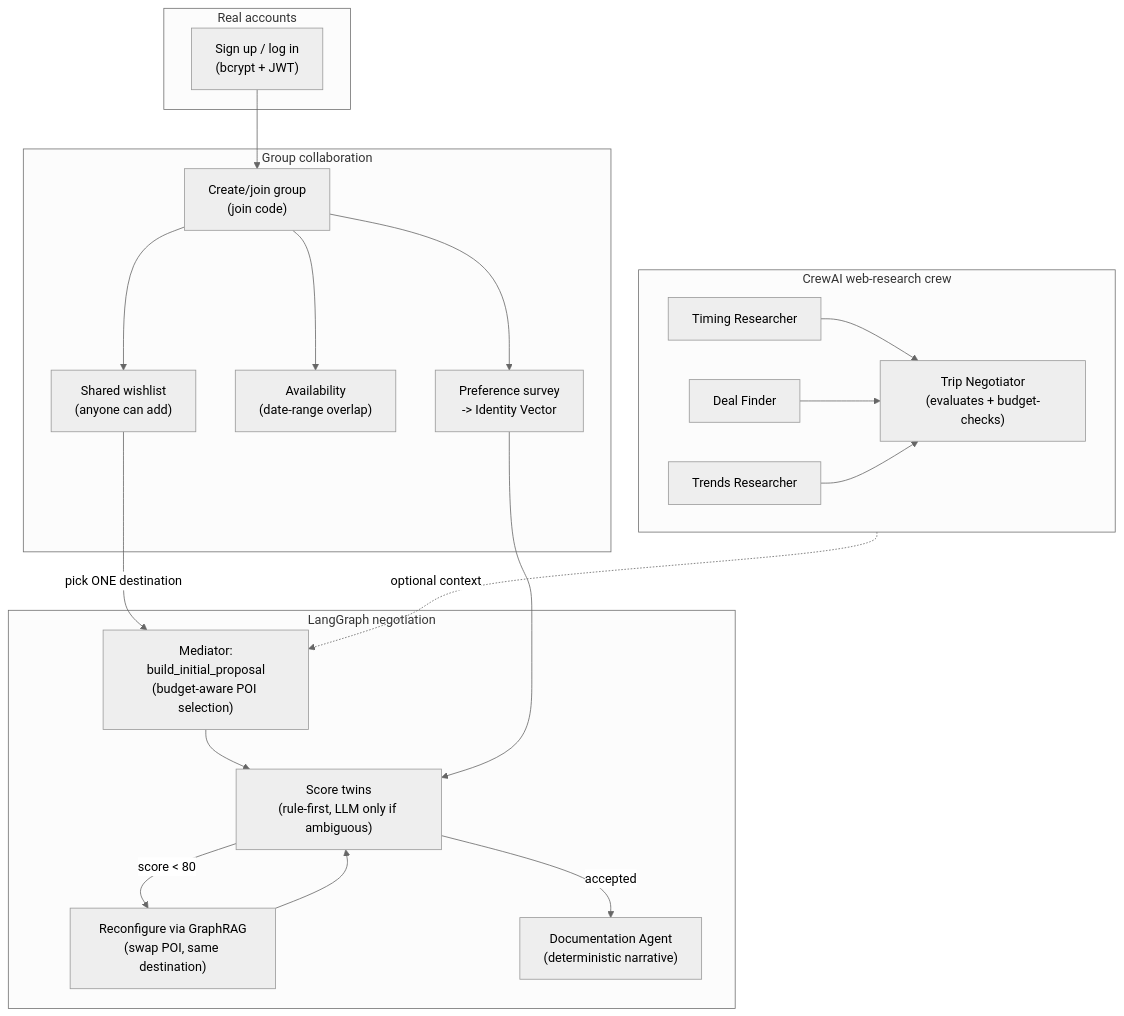
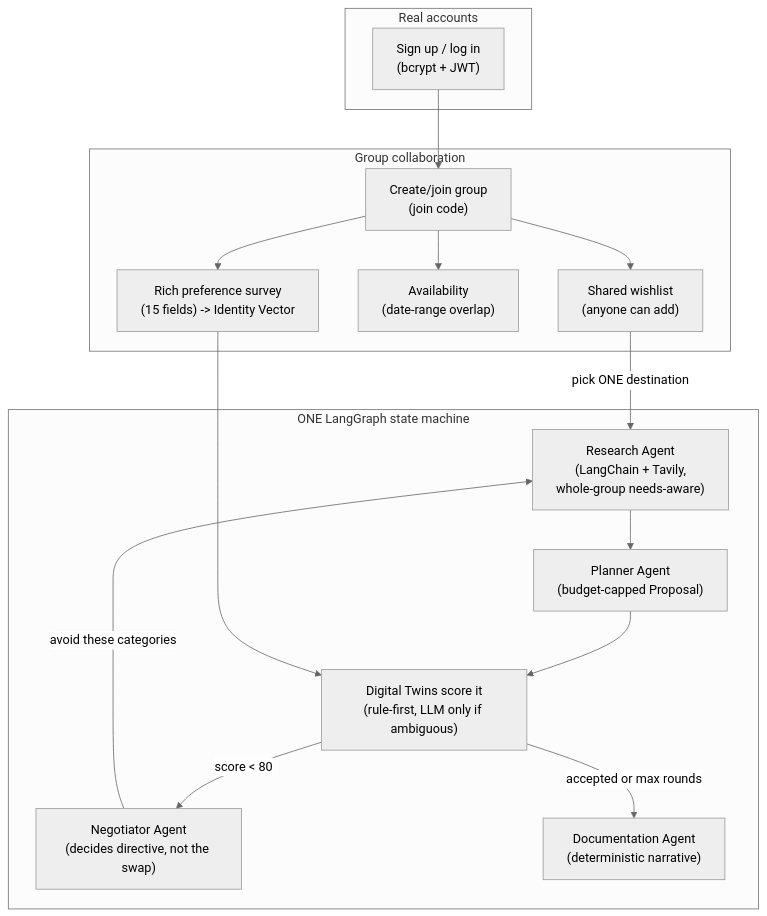
The third of 3 diagrams in docs/architecture-v2/DESIGN_RATIONALE.md (dhy-ani/wanderlust-atlas), drawn with Mermaid (neutral theme) before and after one commit. The commit also changed other lines of this file and 16 other files, not shown here.

````diff
--- a/docs/architecture-v2/DESIGN_RATIONALE.md
+++ b/docs/architecture-v2/DESIGN_RATIONALE.md
@@ -141,35 +180,27 @@
 ```mermaid
 flowchart TB
     subgraph Auth["Real accounts"]
         Signup["Sign up / log in\n(bcrypt + JWT)"]
     end
     subgraph Group["Group collaboration"]
         Create["Create/join group\n(join code)"]
         Wishlist["Shared wishlist\n(anyone can add)"]
         Avail["Availability\n(date-range overlap)"]
-        Survey["Preference survey\n-> Identity Vector"]
+        Survey["Rich preference survey\n(15 fields) -> Identity Vector"]
     end
-    subgraph Research["CrewAI web-research crew"]
-        Timing["Timing Researcher"]
-        Deal["Deal Finder"]
-        Trends["Trends Researcher"]
-        Negotiator["Trip Negotiator\n(evaluates + budget-checks)"]
-        Timing --> Negotiator
-        Deal --> Negotiator
-        Trends --> Negotiator
-    end
-    subgraph Negotiate["LangGraph negotiation"]
-        Mediator["Mediator:\nbuild_initial_proposal\n(budget-aware POI selection)"]
-        Score["Score twins\n(rule-first, LLM only if ambiguous)"]
-        Reconfig["Reconfigure via GraphRAG\n(swap POI, same destination)"]
-        Mediator --> Score
-        Score -->|score < 80| Reconfig --> Score
-        Score -->|accepted| Doc["Documentation Agent\n(deterministic narrative)"]
+    subgraph Pipeline["ONE LangGraph state machine"]
+        Research["Research Agent\n(LangChain + Tavily,\nwhole-group needs-aware)"]
+        Planner["Planner Agent\n(budget-capped Proposal)"]
+        Score["Digital Twins score it\n(rule-first, LLM only if ambiguous)"]
+        Negotiator["Negotiator Agent\n(decides directive, not the swap)"]
+        Research --> Planner --> Score
+        Score -->|score < 80| Negotiator
+        Negotiator -->|"avoid these categories"| Research
+        Score -->|accepted or max rounds| Doc["Documentation Agent\n(deterministic narrative)"]
     end
 
     Signup --> Create --> Wishlist
     Create --> Avail
     Create --> Survey --> Score
-    Wishlist -->|pick ONE destination| Mediator
-    Research -.optional context.-> Mediator
+    Wishlist -->|pick ONE destination| Research
 ```
````
